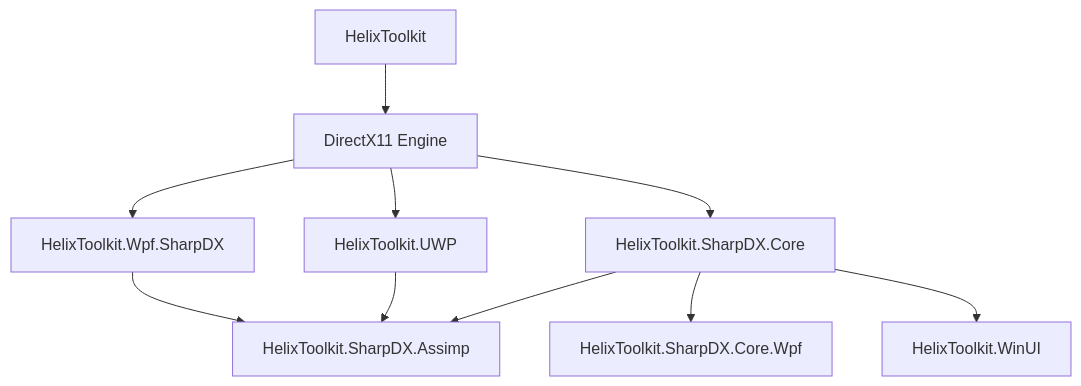
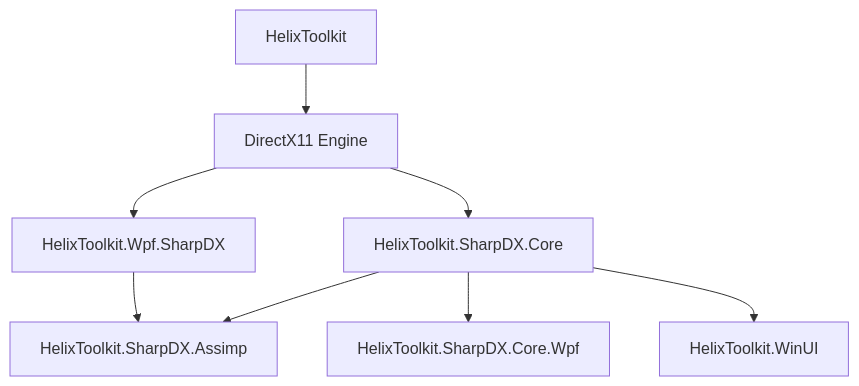
Before and after one commit to 0siris/helix-toolkit: the second of 2 diagrams in README.md, drawn with Mermaid. The commit also changed other lines of this file and 47 other files, not shown here.

````diff
--- a/README.md
+++ b/README.md
@@ -83,12 +83,10 @@
 ```mermaid
 graph TD
-    hx[HelixToolkit] --> dx11[DirectX11 Engine]    
+    hx[HelixToolkit] --> dx11[DirectX11 Engine]
     dx11 --> hxSharpDX[HelixToolkit.Wpf.SharpDX]
-    dx11 --> hxUWP[HelixToolkit.UWP]
     dx11 --> hxCore[HelixToolkit.SharpDX.Core]
     hxCore --> hxWinUI[HelixToolkit.SharpDX.Core.Wpf]
     hxCore --> hxSharpDXCoreWpf[HelixToolkit.WinUI]
     hxSharpDX --> hxAssimp[HelixToolkit.SharpDX.Assimp]
-    hxUWP --> hxAssimp
     hxCore --> hxAssimp
 ```
````
